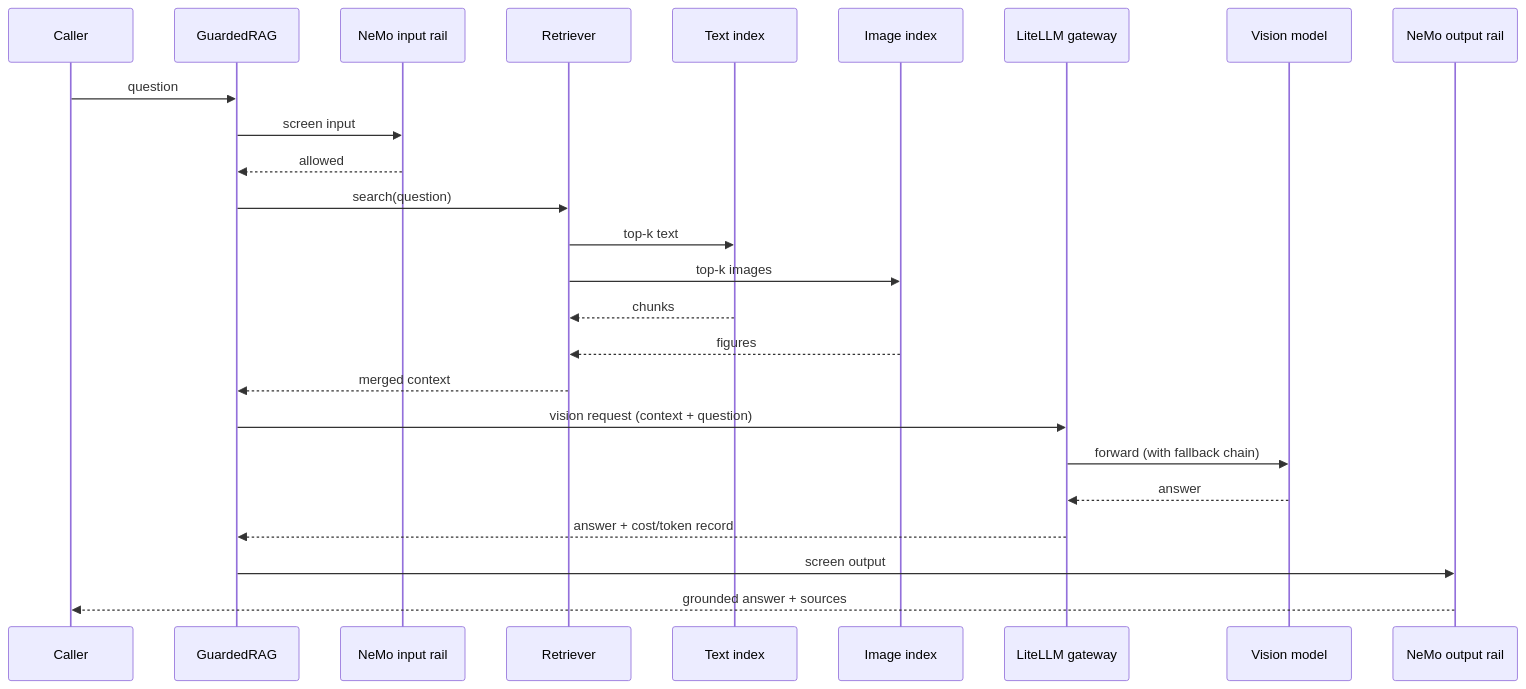
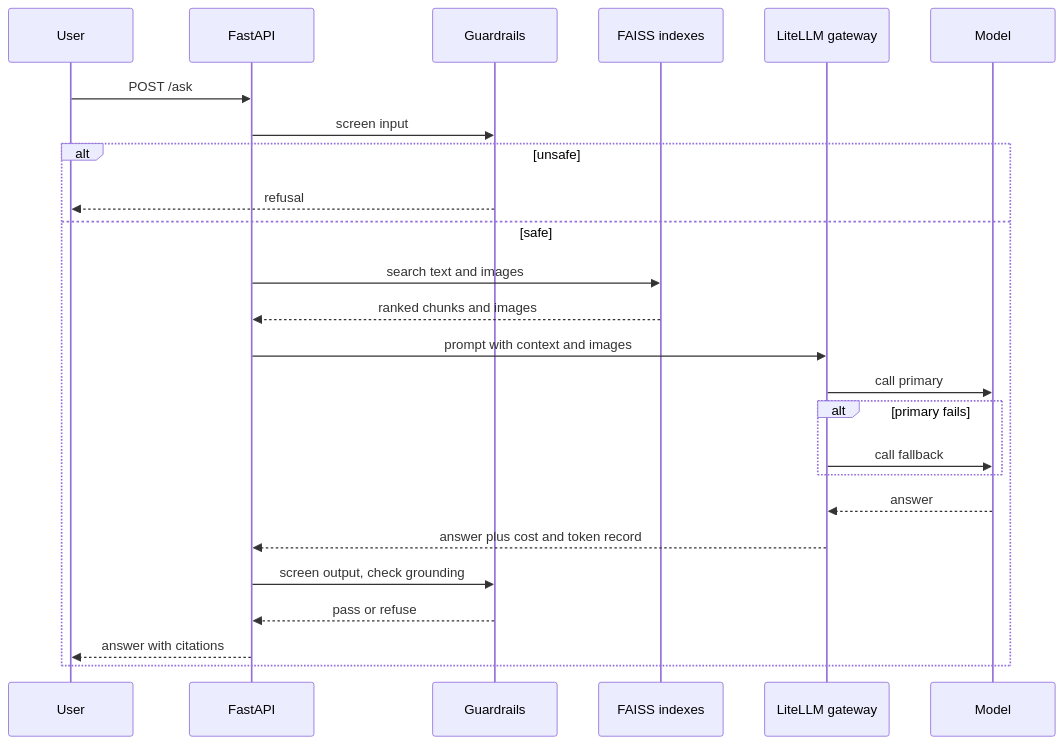
The second of 5 diagrams in README.md (Amith-Ganta/multimodal-rag-guardrails), drawn with Mermaid before and after one commit. The commit also changed other lines of this file and 4 other files, not shown here.

````diff
--- a/README.md
+++ b/README.md
@@ -72,28 +136,28 @@
 ```mermaid
 sequenceDiagram
-    participant Caller
-    participant App as GuardedRAG
-    participant Rail as NeMo input rail
-    participant Retriever
-    participant TextIdx as Text index
-    participant ImgIdx as Image index
+    participant U as User
+    participant API as FastAPI
+    participant G as Guardrails
+    participant IX as FAISS indexes
     participant GW as LiteLLM gateway
-    participant Model as Vision model
-    participant OutRail as NeMo output rail
+    participant M as Model
 
-    Caller->>App: question
-    App->>Rail: screen input
-    Rail-->>App: allowed
-    App->>Retriever: search(question)
-    Retriever->>TextIdx: top-k text
-    Retriever->>ImgIdx: top-k images
-    TextIdx-->>Retriever: chunks
-    ImgIdx-->>Retriever: figures
-    Retriever-->>App: merged context
-    App->>GW: vision request (context + question)
-    GW->>Model: forward (with fallback chain)
-    Model-->>GW: answer
-    GW-->>App: answer + cost/token record
-    App->>OutRail: screen output
-    OutRail-->>Caller: grounded answer + sources
+    U->>API: POST /ask
+    API->>G: screen input
+    alt unsafe
+        G-->>U: refusal
+    else safe
+        API->>IX: search text and images
+        IX-->>API: ranked chunks and images
+        API->>GW: prompt with context and images
+        GW->>M: call primary
+        alt primary fails
+            GW->>M: call fallback
+        end
+        M-->>GW: answer
+        GW-->>API: answer plus cost and token record
+        API->>G: screen output, check grounding
+        G-->>API: pass or refuse
+        API-->>U: answer with citations
+    end
 ```
````
